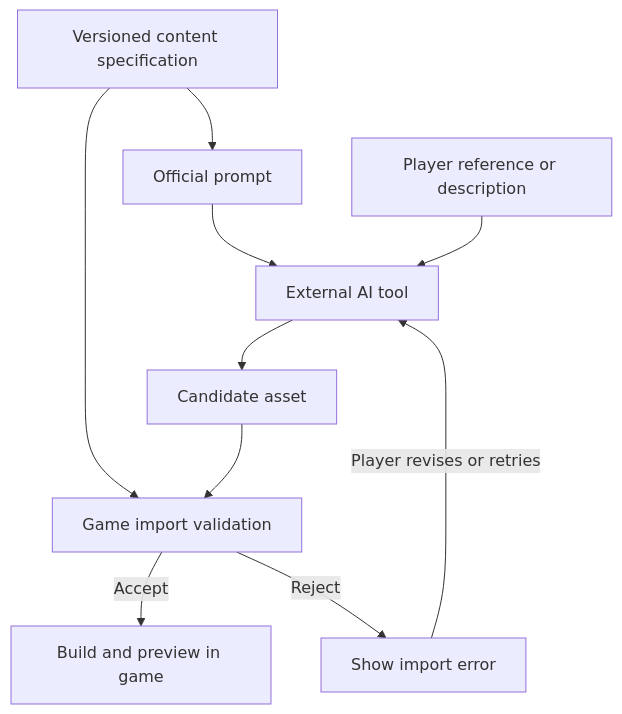
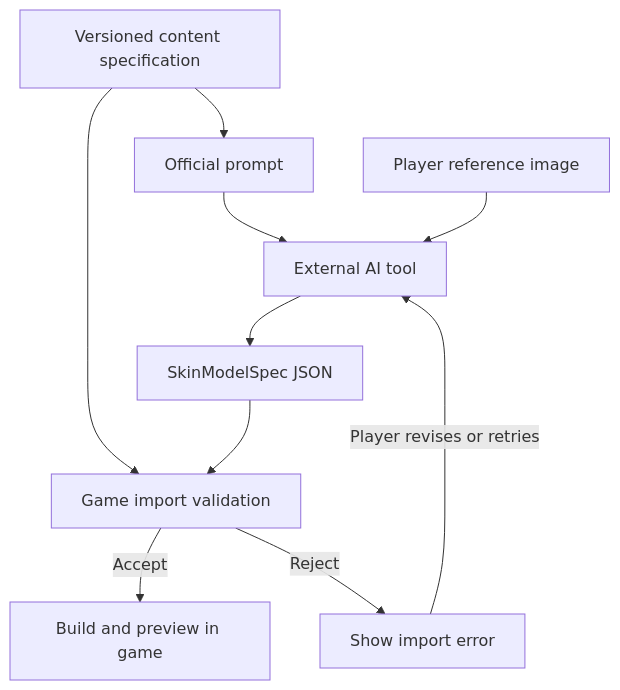
Before and after one commit to mizukidesuwa/standards-driven-ai-game-assets: the second of 2 diagrams in README.md, drawn with Mermaid. The commit also changed other lines of this file, not shown here.

````diff
--- a/README.md
+++ b/README.md
@@ -15,12 +47,12 @@
 ```mermaid
 flowchart TD
     Spec["Versioned content specification"] --> Prompt["Official prompt"]
     Spec --> Validate["Game import validation"]
     Prompt --> AI["External AI tool"]
-    Input["Player reference or description"] --> AI
-    AI --> Asset["Candidate asset"]
+    Input["Player reference image"] --> AI
+    AI --> Asset["SkinModelSpec JSON"]
     Asset --> Validate
     Validate -->|Accept| Preview["Build and preview in game"]
     Validate -->|Reject| Error["Show import error"]
     Error -->|Player revises or retries| AI
 ```
````
